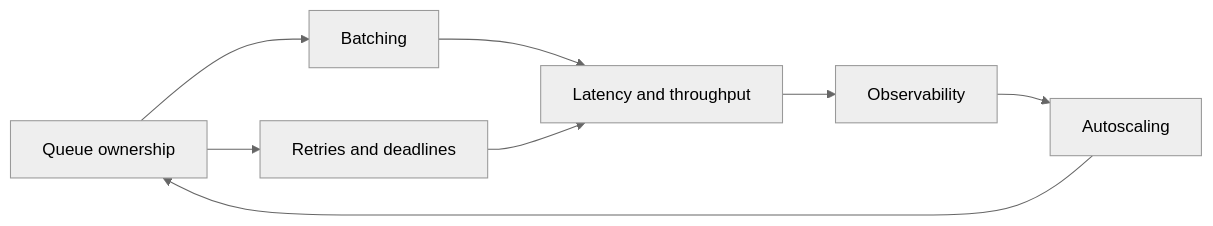
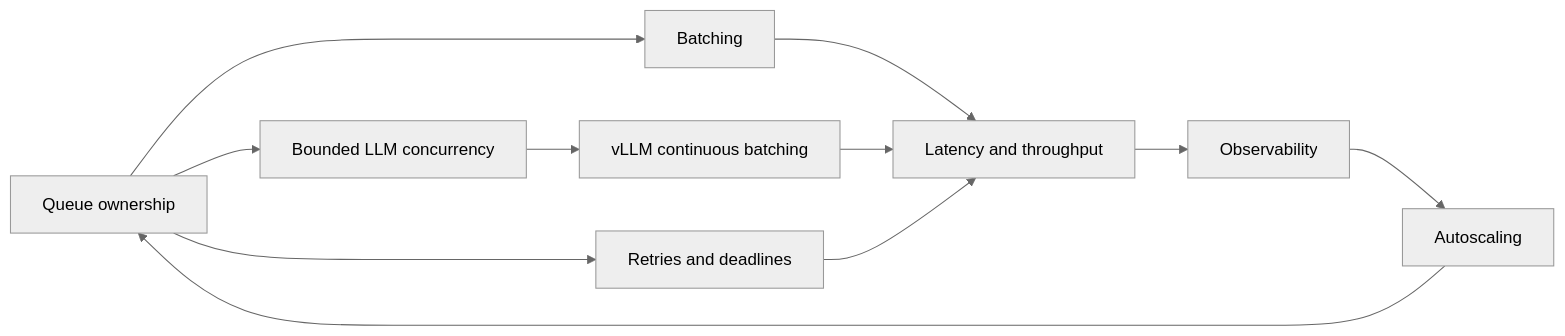
Before and after one commit to aashikazim/distributed-ml-Inference: the diagram in docs/learning/README.md, drawn with Mermaid (neutral theme). The commit also changed other lines of this file and 18 other files, not shown here.

````diff
--- a/docs/learning/README.md
+++ b/docs/learning/README.md
@@ -19,10 +19,13 @@
 ```mermaid
 flowchart LR
     Q[Queue ownership] --> B[Batching]
     B --> L[Latency and throughput]
+    Q --> S[Bounded LLM concurrency]
+    S --> V[vLLM continuous batching]
+    V --> L
     L --> O[Observability]
     O --> A[Autoscaling]
     A --> Q
     Q --> R[Retries and deadlines]
     R --> L
 ```
````
